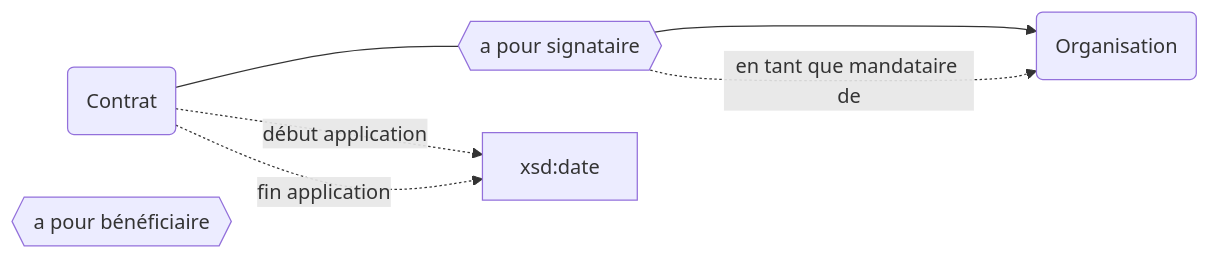
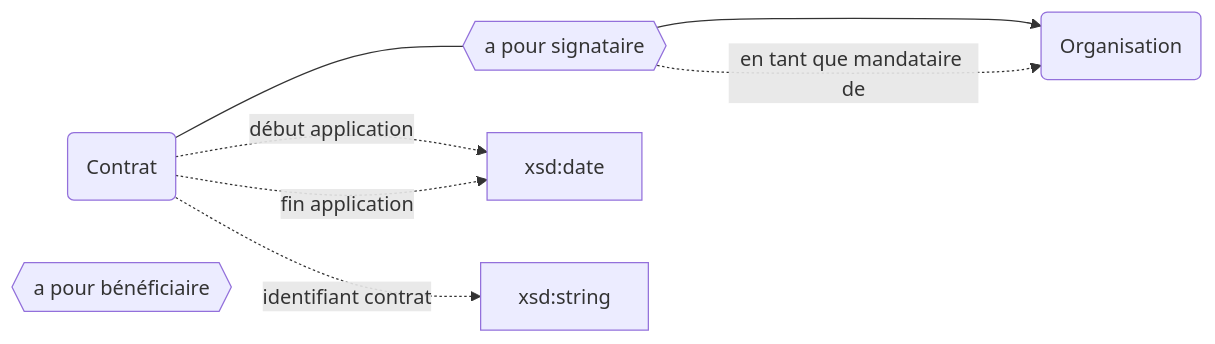
One commit to abes-esr/movies-documentation changed the third of 3 diagrams in docs/Modélisation Movies/Contrat de documentation électronique/Contrat de documentation électronique.md. Above: the diagram before and after it, drawn with Mermaid.

Commit message:
Update Contrat de documentation électronique.md

````diff
--- a/docs/Modélisation Movies/Contrat de documentation électronique/Contrat de documentation électronique.md
+++ b/docs/Modélisation Movies/Contrat de documentation électronique/Contrat de documentation électronique.md
@@ -44,12 +44,13 @@
 ```mermaid
 graph LR
     CONTRAT(Contrat)
     SIG{{a pour signataire}}
     BEN{{a pour bénéficiaire}}
     ORG(Organisation)
   
     CONTRAT -.-> |début application| xsd:date
     CONTRAT -.-> |fin application| xsd:date
     CONTRAT --- SIG ---> ORG
     SIG -.-> |en tant que mandataire de| ORG
+    CONTRAT -.-> |identifiant contrat| S[xsd:string]
 ```
````
